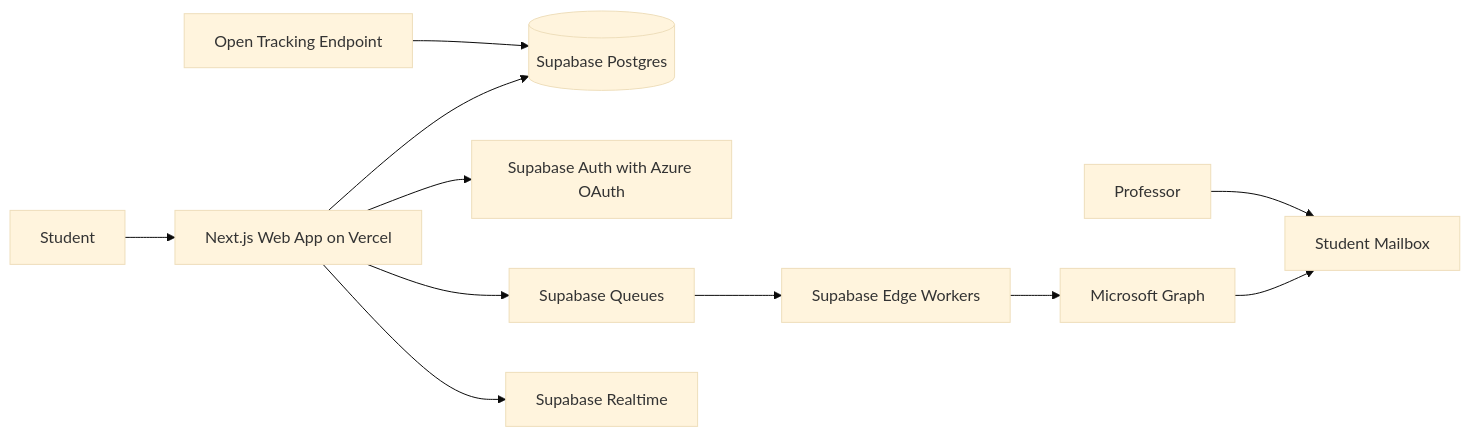
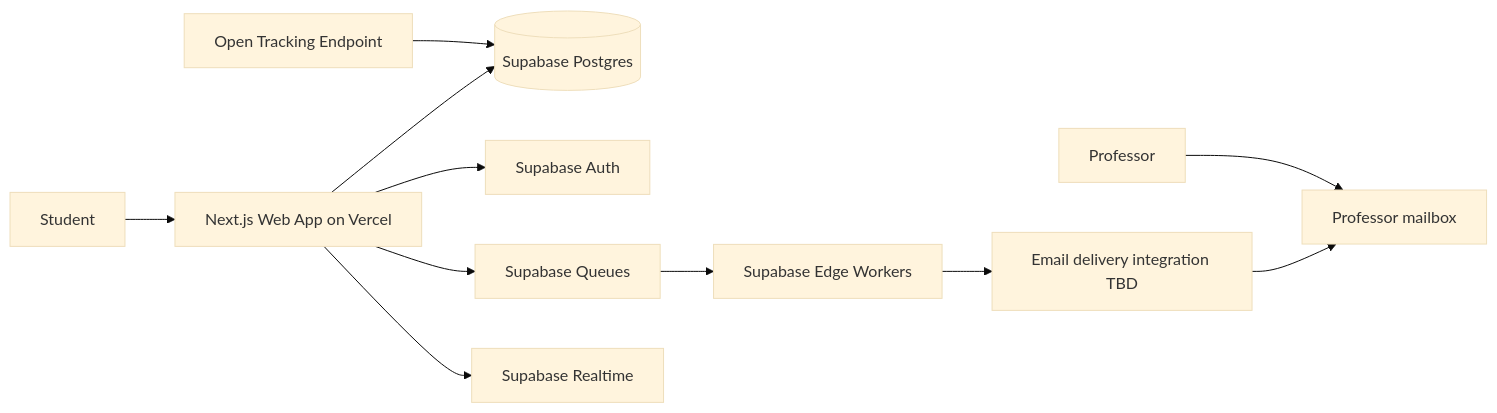
The diagram in docs/architecture/system-design.md (WanderingWalnut/UResearch), drawn with Mermaid (base theme) before and after one commit. The commit also changed other lines of this file and 26 other files, not shown here.

First line of the commit message:
Update .gitignore, CONTEXT.md, and architecture documentation

````diff
--- a/docs/architecture/system-design.md
+++ b/docs/architecture/system-design.md
@@ -52,13 +56,13 @@
 ```mermaid
 flowchart LR
   Student[Student] --> Web[Next.js Web App on Vercel]
   Web --> Supabase[(Supabase Postgres)]
-  Web --> Auth[Supabase Auth with Azure OAuth]
+  Web --> Auth[Supabase Auth]
   Web --> Queue[Supabase Queues]
   Web --> Realtime[Supabase Realtime]
   Queue --> Workers[Supabase Edge Workers]
-  Workers --> Graph[Microsoft Graph]
-  Graph --> Mailbox[Student Mailbox]
+  Workers --> Delivery[Email delivery integration TBD]
+  Delivery --> Mailbox[Professor mailbox]
   Professor[Professor] --> Mailbox
   Pixel[Open Tracking Endpoint] --> Supabase
 ```
````
